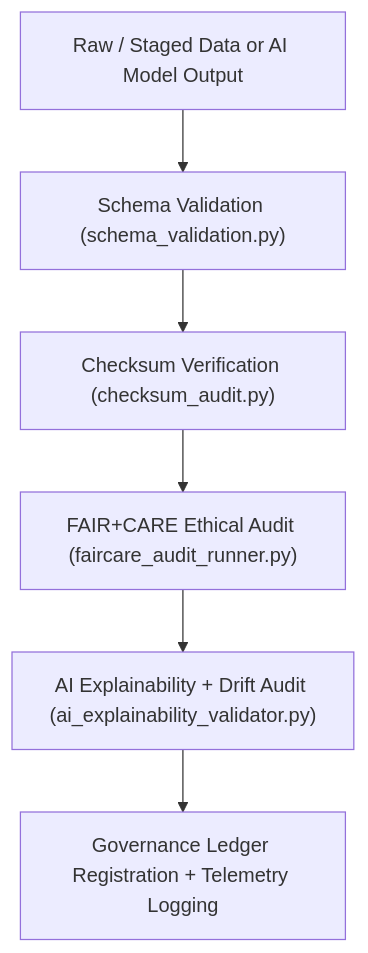
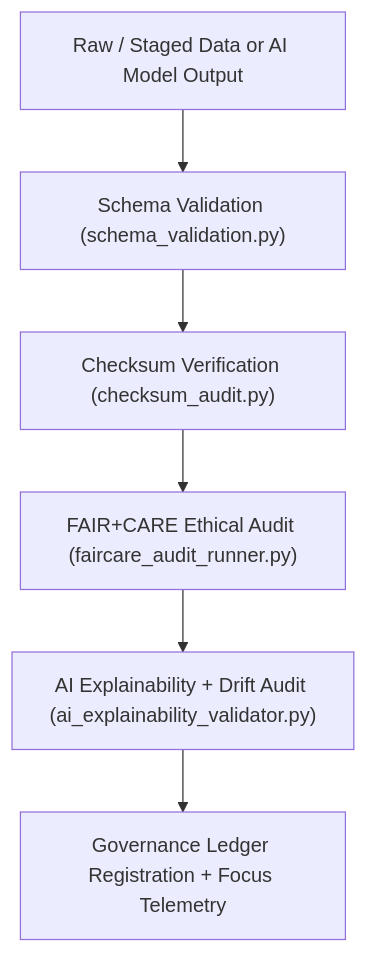
The diagram in src/pipelines/validation/README.md (bartytime4life/Kansas-Frontier-Matrix), drawn with Mermaid before and after one commit. The commit also changed other lines of this file, not shown here.

````diff
--- a/src/pipelines/validation/README.md
+++ b/src/pipelines/validation/README.md
@@ -67,8 +67,8 @@
 ```mermaid
 flowchart TD
     A["Raw / Staged Data or AI Model Output"] --> B["Schema Validation (schema_validation.py)"]
     B --> C["Checksum Verification (checksum_audit.py)"]
     C --> D["FAIR+CARE Ethical Audit (faircare_audit_runner.py)"]
     D --> E["AI Explainability + Drift Audit (ai_explainability_validator.py)"]
-    E --> F["Governance Ledger Registration + Telemetry Logging"]
+    E --> F["Governance Ledger Registration + Focus Telemetry"]
 ```
````
